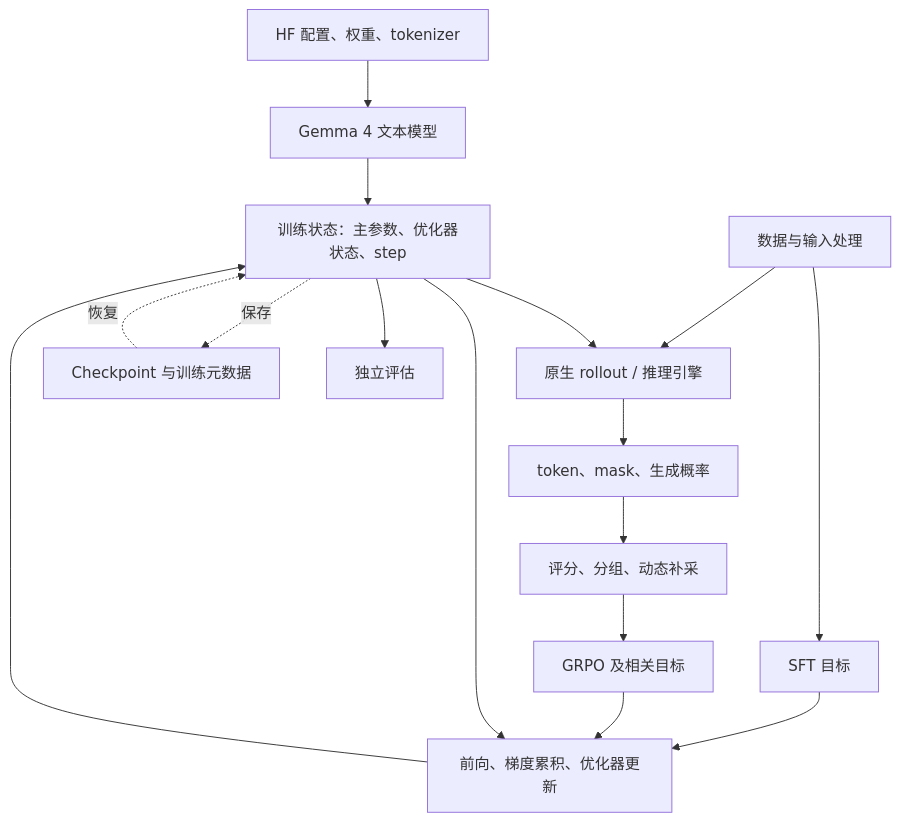
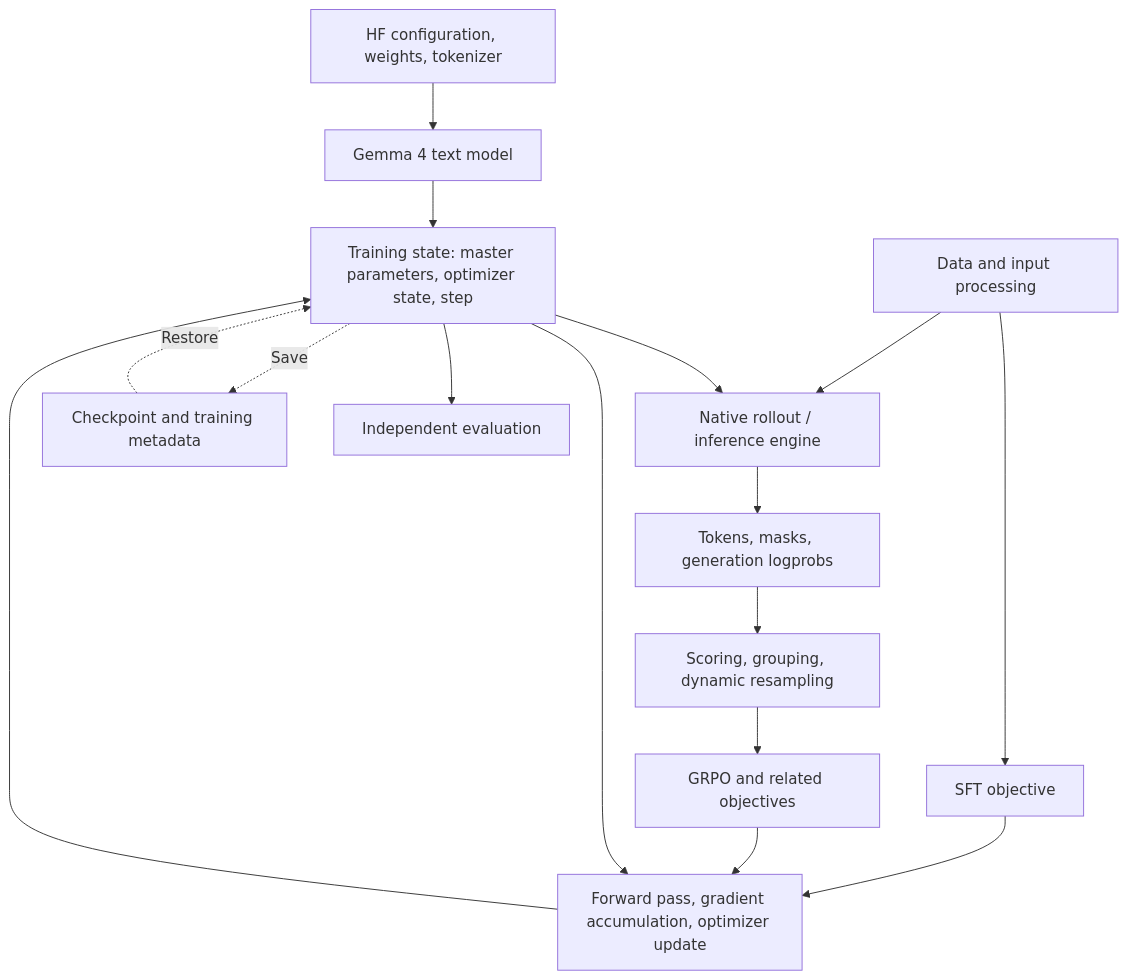
Before and after one commit to yixiaoer/gemma4-posttrain-jax: the diagram in docs/design-overview.md, drawn with Mermaid. The commit also changed other lines of this file and 9 other files, not shown here.

````diff
--- a/docs/design-overview.md
+++ b/docs/design-overview.md
@@ -9,18 +11,18 @@
 ```mermaid
 flowchart TD
-    HF[HF 配置、权重、tokenizer] --> M[Gemma 4 文本模型]
-    M --> S[训练状态：主参数、优化器状态、step]
-    D[数据与输入处理] --> SFT[SFT 目标]
-    D --> G[原生 rollout / 推理引擎]
+    HF[HF configuration, weights, tokenizer] --> M[Gemma 4 text model]
+    M --> S[Training state: master parameters, optimizer state, step]
+    D[Data and input processing] --> SFT[SFT objective]
+    D --> G[Native rollout / inference engine]
     S --> G
-    G --> R[token、mask、生成概率]
-    R --> A[评分、分组、动态补采]
-    A --> RL[GRPO 及相关目标]
-    SFT --> U[前向、梯度累积、优化器更新]
+    G --> R[Tokens, masks, generation logprobs]
+    R --> A[Scoring, grouping, dynamic resampling]
+    A --> RL[GRPO and related objectives]
+    SFT --> U[Forward pass, gradient accumulation, optimizer update]
     RL --> U
     S --> U
     U --> S
-    S -. 保存 .-> C[Checkpoint 与训练元数据]
-    C -. 恢复 .-> S
-    S --> E[独立评估]
+    S -. Save .-> C[Checkpoint and training metadata]
+    C -. Restore .-> S
+    S --> E[Independent evaluation]
 ```
````
